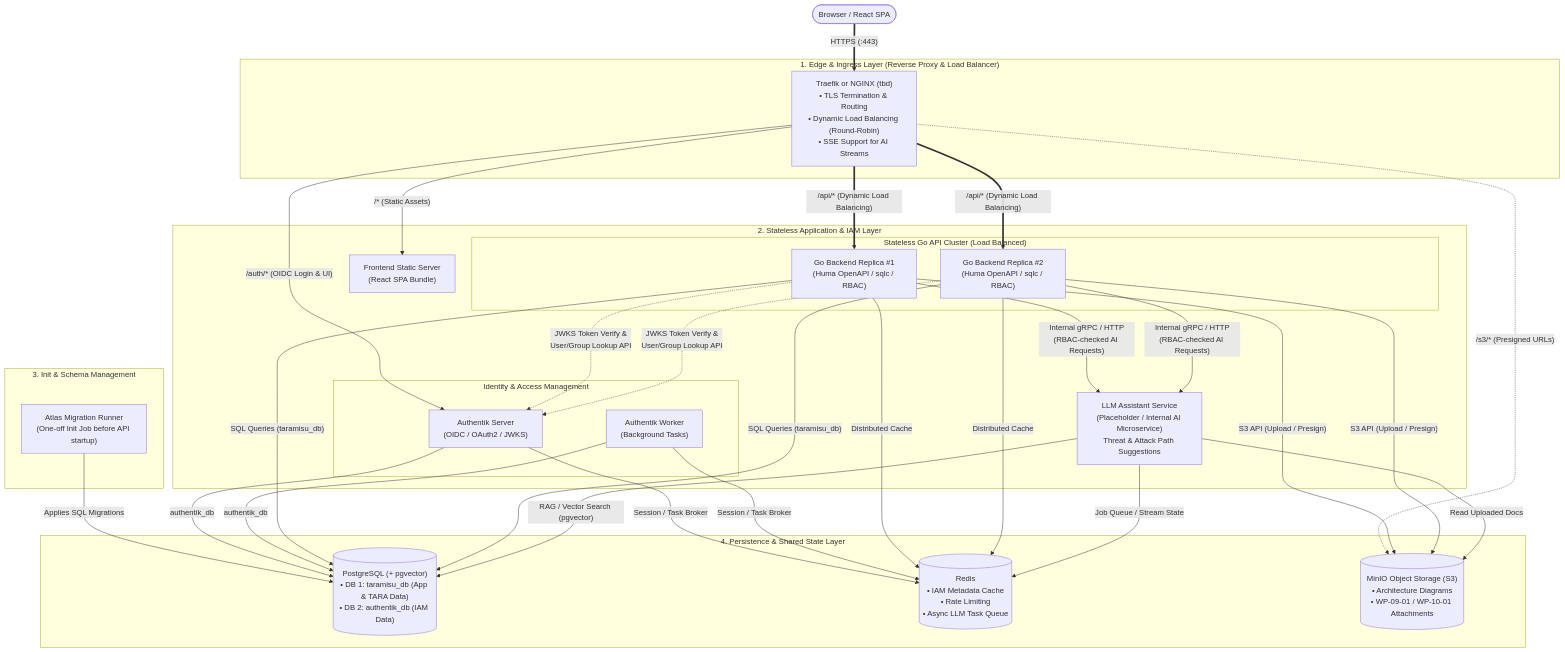
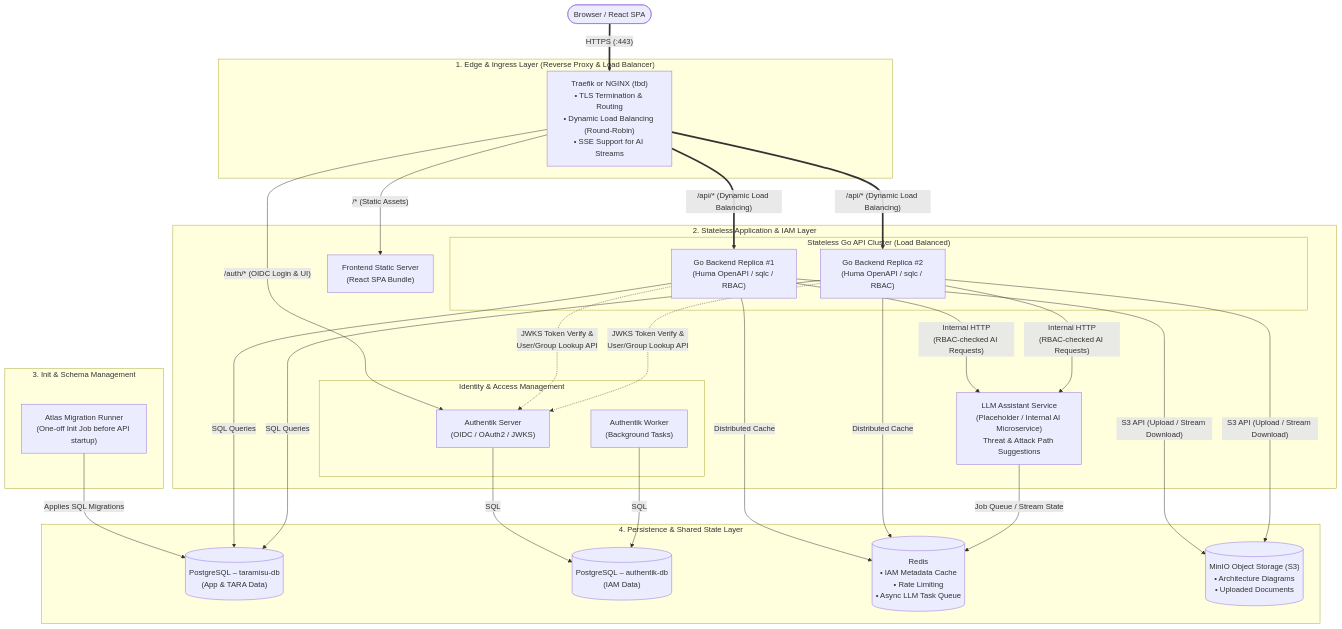
Before and after one commit to thi-taramisu/taramisu: the first of 2 diagrams in docs/internal/architecture/architecture-overview.md, drawn with Mermaid. The commit also changed other lines of this file, not shown here.

Commit message:
update architecture overview

````diff
--- a/docs/internal/architecture/architecture-overview.md
+++ b/docs/internal/architecture/architecture-overview.md
@@ -9,78 +11,75 @@
 ```mermaid
 flowchart TB
     %% ==========================================
     %% EXTERNAL ACTORS
     %% ==========================================
     Client([Browser / React SPA])
 
     %% ==========================================
     %% EDGE / INGRESS LAYER
     %% ==========================================
     subgraph Edge_Layer ["1. Edge & Ingress Layer (Reverse Proxy & Load Balancer)"]
         Traefik["Traefik or NGINX (tbd)<br/>• TLS Termination & Routing<br/>• Dynamic Load Balancing (Round-Robin)<br/>• SSE Support for AI Streams"]
     end
 
     %% ==========================================
     %% APPLICATION & IAM LAYER
     %% ==========================================
     subgraph App_Layer ["2. Stateless Application & IAM Layer"]
         FE["Frontend Static Server<br/>(React SPA Bundle)"]
         
         subgraph IAM_Stack ["Identity & Access Management"]
             AuthServer["Authentik Server<br/>(OIDC / OAuth2 / JWKS)"]
             AuthWorker["Authentik Worker<br/>(Background Tasks)"]
         end
 
         subgraph Backend_Cluster ["Stateless Go API Cluster (Load Balanced)"]
             API1["Go Backend Replica #1<br/>(Huma OpenAPI / sqlc / RBAC)"]
             API2["Go Backend Replica #2<br/>(Huma OpenAPI / sqlc / RBAC)"]
         end
 
         LLM["LLM Assistant Service<br/>(Placeholder / Internal AI Microservice)<br/>Threat & Attack Path Suggestions"]
     end
 
     %% ==========================================
     %% INIT / MIGRATION JOBS
     %% ==========================================
     subgraph Init_Layer ["3. Init & Schema Management"]
         Atlas["Atlas Migration Runner<br/>(One-off Init Job before API startup)"]
     end
 
     %% ==========================================
     %% DATA & STATE LAYER
     %% ==========================================
     subgraph Data_Layer ["4. Persistence & Shared State Layer"]
-        PG[("PostgreSQL (+ pgvector)<br/>• DB 1: taramisu_db (App & TARA Data)<br/>• DB 2: authentik_db (IAM Data)")]
+        AppDB[("PostgreSQL – taramisu-db<br/>(App & TARA Data)")]
+        IAMDB[("PostgreSQL – authentik-db<br/>(IAM Data)")]
         Redis[("Redis<br/>• IAM Metadata Cache<br/>• Rate Limiting<br/>• Async LLM Task Queue")]
-        MinIO[("MinIO Object Storage (S3)<br/>• Architecture Diagrams<br/>• WP-09-01 / WP-10-01 Attachments")]
+        MinIO[("MinIO Object Storage (S3)<br/>• Architecture Diagrams<br/>• Uploaded Documents")]
     end
 
     %% ==========================================
     %% CONNECTIONS & TRAFFIC FLOW
     %% ==========================================
     Client ==>|"HTTPS (:443)"| Traefik
 
     %% Edge Routing
     Traefik -->|"/* (Static Assets)"| FE
     Traefik -->|"/auth/* (OIDC Login & UI)"| AuthServer
     Traefik ==>|"/api/* (Dynamic Load Balancing)"| API1
     Traefik ==>|"/api/* (Dynamic Load Balancing)"| API2
-    Traefik -.->|"/s3/* (Presigned URLs)"| MinIO
 
     %% Internal Service Communication
     API1 & API2 -.->|"JWKS Token Verify &<br/>User/Group Lookup API"| AuthServer
-    API1 & API2 -->|"Internal gRPC / HTTP<br/>(RBAC-checked AI Requests)"| LLM
+    API1 & API2 -->|"Internal HTTP<br/>(RBAC-checked AI Requests)"| LLM
 
     %% Database & Storage Connections
-    Atlas -->|"Applies SQL Migrations"| PG
-    AuthServer & AuthWorker -->|"authentik_db"| PG
-    AuthServer & AuthWorker -->|"Session / Task Broker"| Redis
+    Atlas -->|"Applies SQL Migrations"| AppDB
+    AuthServer & AuthWorker -->|"SQL"| IAMDB
 
-    API1 & API2 -->|"SQL Queries (taramisu_db)"| PG
+    API1 & API2 -->|"SQL Queries"| AppDB
     API1 & API2 -->|"Distributed Cache"| Redis
-    API1 & API2 -->|"S3 API (Upload / Presign)"| MinIO
+    API1 & API2 -->|"S3 API (Upload / Stream Download)"| MinIO
 
-    LLM -->|"RAG / Vector Search (pgvector)"| PG
     LLM -->|"Job Queue / Stream State"| Redis
-    LLM -->|"Read Uploaded Docs"| MinIO
 ```
````
